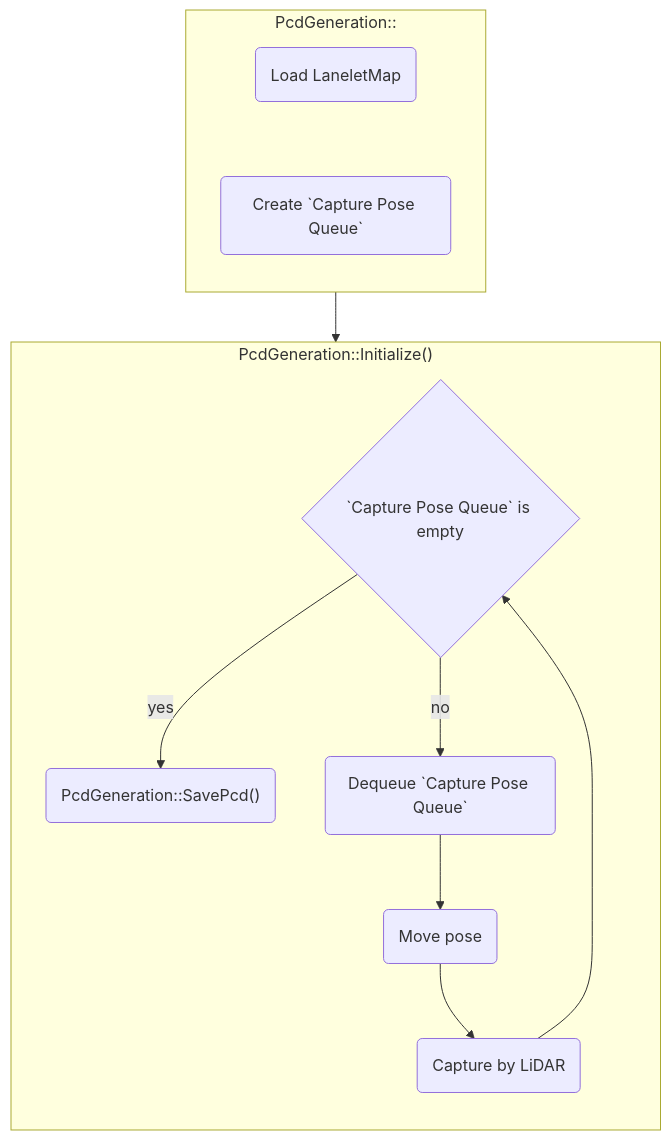
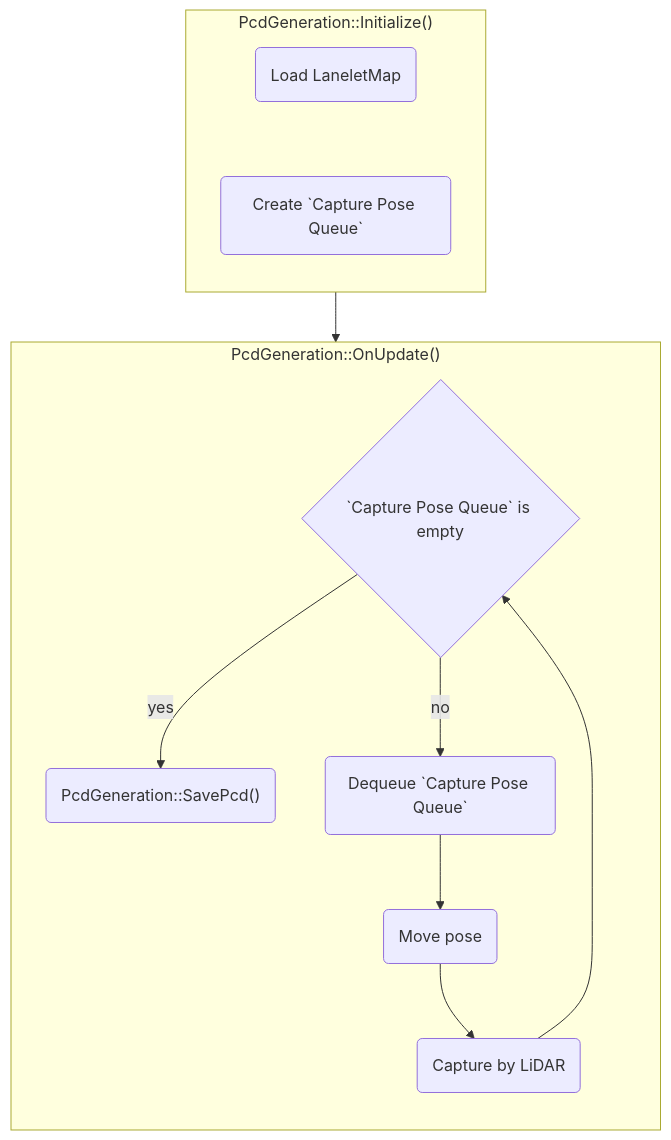
Before and after one commit to tier4/AWSIM: the diagram in docs/DeveloperGuide/Layer/Usecase/PcdGeneration/index.md, drawn with Mermaid.

````diff
--- a/docs/DeveloperGuide/Layer/Usecase/PcdGeneration/index.md
+++ b/docs/DeveloperGuide/Layer/Usecase/PcdGeneration/index.md
@@ -15,15 +15,15 @@
 ``` mermaid
 graph TB
-    subgraph A["PcdGeneration::"]
+    subgraph A["PcdGeneration::Initialize()"]
         direction TB
         AA("Load LaneletMap")~~~AB("Create `Capture Pose Queue`")
     end
 
     AB-->BA
 
-    subgraph B["PcdGeneration::Initialize()"]
+    subgraph B["PcdGeneration::OnUpdate()"]
         direction TB
         BA--"yes"-->BE("PcdGeneration::SavePcd()")
         BA{`Capture Pose Queue` is empty}--"no"-->BB("Dequeue `Capture Pose Queue`")-->BC("Move pose")-->BD("Capture by LiDAR")-->BA
     end
 ```
````
